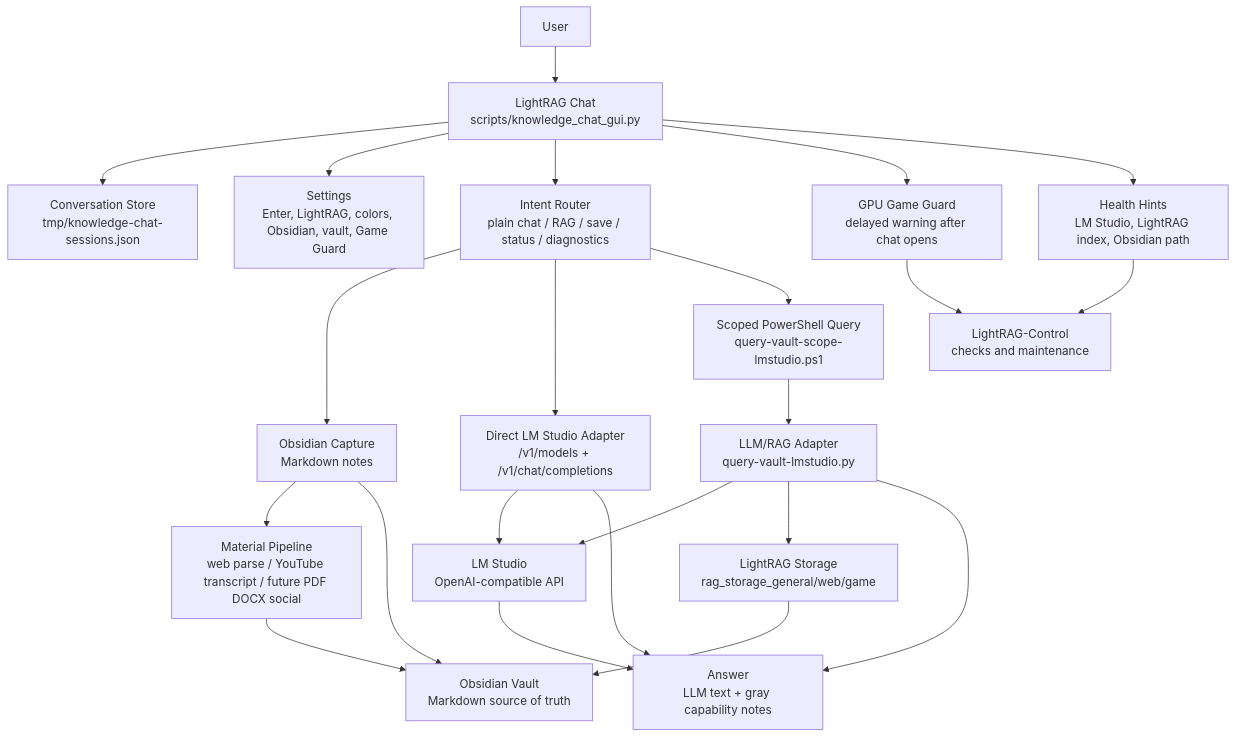
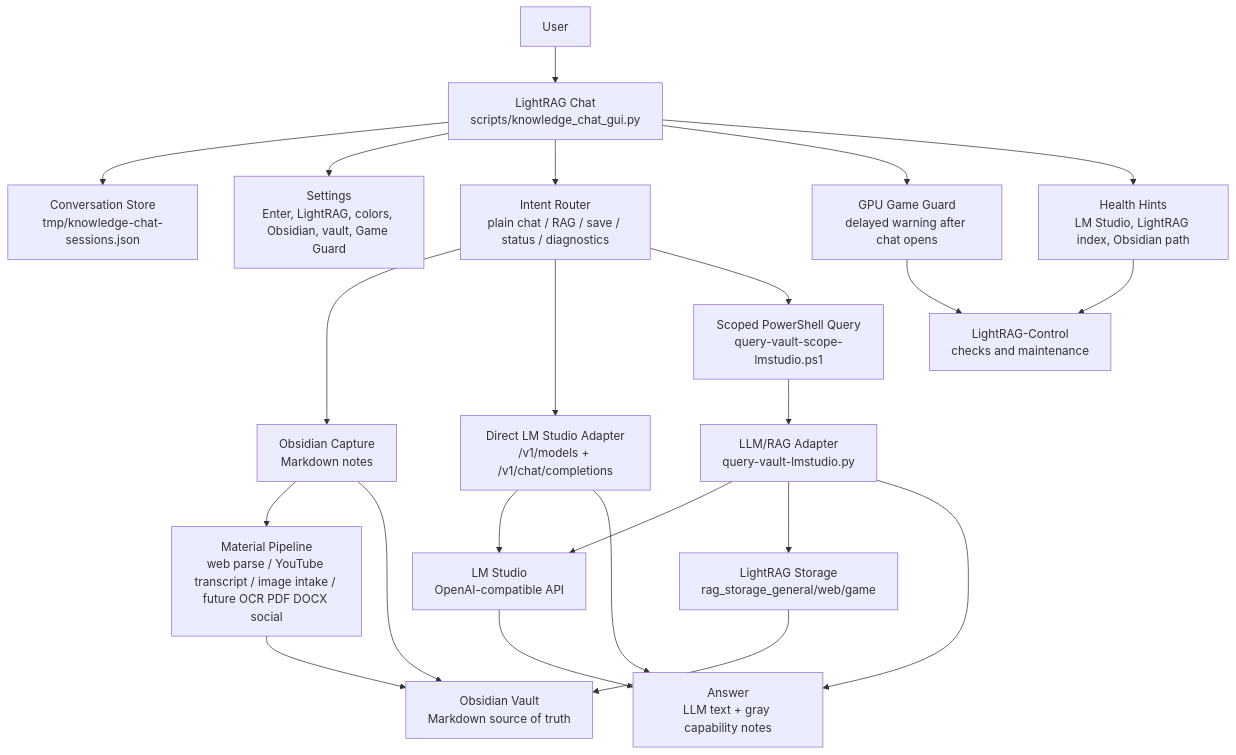
One commit to VxHxS/KnowledgeLab changed the first of 2 diagrams in ARCHITECTURE.md. Above: the diagram before and after it, drawn with Mermaid. The commit also changed other lines of this file and 3 other files, not shown here.

Commit message:
011 refine chat controls and image intake

````diff
--- a/ARCHITECTURE.md
+++ b/ARCHITECTURE.md
@@ -43,43 +43,43 @@
 ```mermaid
 flowchart TD
     User["User"]
     Chat["LightRAG Chat<br/>scripts/knowledge_chat_gui.py"]
     Store["Conversation Store<br/>tmp/knowledge-chat-sessions.json"]
     Settings["Settings<br/>Enter, LightRAG, colors, Obsidian, vault, Game Guard"]
     Router["Intent Router<br/>plain chat / RAG / save / status / diagnostics"]
     Save["Obsidian Capture<br/>Markdown notes"]
-    Pipeline["Material Pipeline<br/>web parse / YouTube transcript / future PDF DOCX social"]
+    Pipeline["Material Pipeline<br/>web parse / YouTube transcript / image intake / future OCR PDF DOCX social"]
     Health["Health Hints<br/>LM Studio, LightRAG index, Obsidian path"]
     Guard["GPU Game Guard<br/>delayed warning after chat opens"]
     DirectLM["Direct LM Studio Adapter<br/>/v1/models + /v1/chat/completions"]
     QueryPS["Scoped PowerShell Query<br/>query-vault-scope-lmstudio.ps1"]
     QueryPY["LLM/RAG Adapter<br/>query-vault-lmstudio.py"]
     LightRAG["LightRAG Storage<br/>rag_storage_general/web/game"]
     Vault["Obsidian Vault<br/>Markdown source of truth"]
     LMStudio["LM Studio<br/>OpenAI-compatible API"]
     Control["LightRAG-Control<br/>checks and maintenance"]
     Answer["Answer<br/>LLM text + gray capability notes"]
 
     User --> Chat
     Chat --> Store
     Chat --> Settings
     Chat --> Router
     Router --> Save
     Save --> Pipeline
     Pipeline --> Vault
     Save --> Vault
     Router --> DirectLM
     DirectLM --> LMStudio
     DirectLM --> Answer
     Router --> QueryPS
     QueryPS --> QueryPY
     QueryPY --> LMStudio
     QueryPY --> LightRAG
     LightRAG --> Vault
     QueryPY --> Answer
     LMStudio --> Answer
     Chat --> Guard
     Chat --> Health
     Health --> Control
     Guard --> Control
 ```
````
